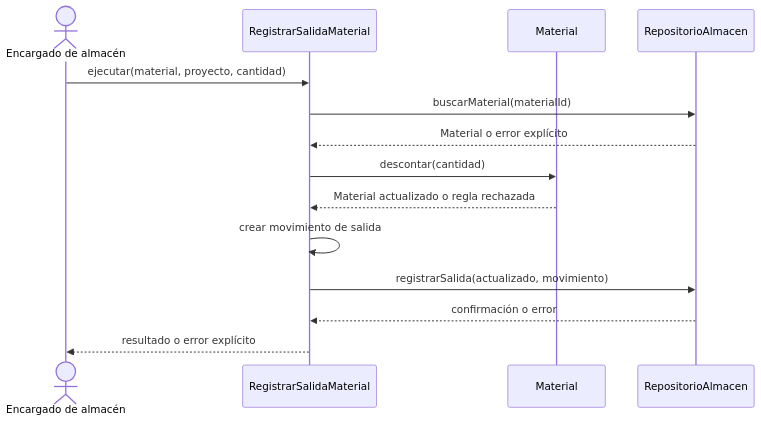
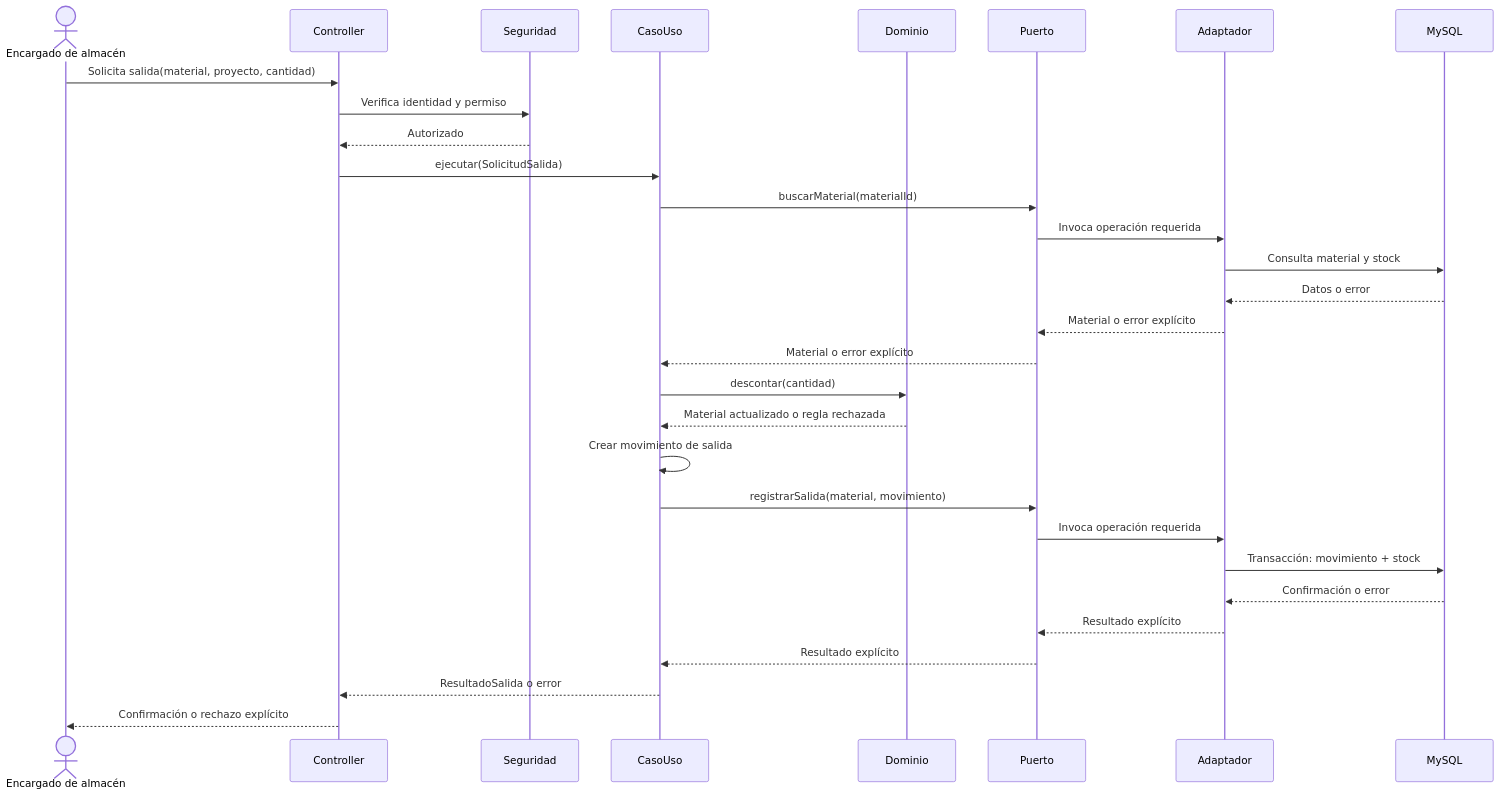
One commit to dostinarroyo/Constructora-arquitSoft-02-Dostin_Arroyo changed the diagram in img/fuentes/nivel4-secuencia.mmd. Above: the diagram before and after it, drawn with Mermaid. The commit also changed 8 other files, not shown here.

```diff
--- a/img/fuentes/nivel4-secuencia.mmd
+++ b/img/fuentes/nivel4-secuencia.mmd
@@ -1,15 +1,31 @@
 sequenceDiagram
     actor Encargado as Encargado de almacén
-    participant CasoUso as RegistrarSalidaMaterial
-    participant Material as Material
-    participant Repo as RepositorioAlmacen
+    participant UI as Controller
+    participant Auth as Seguridad
+    participant UC as CasoUso
+    participant D as Dominio
+    participant P as Puerto
+    participant A as Adaptador
+    participant DB as MySQL
 
-    Encargado->>CasoUso: ejecutar(material, proyecto, cantidad)
-    CasoUso->>Repo: buscarMaterial(materialId)
-    Repo-->>CasoUso: Material o error explícito
-    CasoUso->>Material: descontar(cantidad)
-    Material-->>CasoUso: Material actualizado o regla rechazada
-    CasoUso->>CasoUso: crear movimiento de salida
-    CasoUso->>Repo: registrarSalida(actualizado, movimiento)
-    Repo-->>CasoUso: confirmación o error
-    CasoUso-->>Encargado: resultado o error explícito
+    Encargado->>UI: Solicita salida(material, proyecto, cantidad)
+    UI->>Auth: Verifica identidad y permiso
+    Auth-->>UI: Autorizado
+    UI->>UC: ejecutar(SolicitudSalida)
+    UC->>P: buscarMaterial(materialId)
+    P->>A: Invoca operación requerida
+    A->>DB: Consulta material y stock
+    DB-->>A: Datos o error
+    A-->>P: Material o error explícito
+    P-->>UC: Material o error explícito
+    UC->>D: descontar(cantidad)
+    D-->>UC: Material actualizado o regla rechazada
+    UC->>UC: Crear movimiento de salida
+    UC->>P: registrarSalida(material, movimiento)
+    P->>A: Invoca operación requerida
+    A->>DB: Transacción: movimiento + stock
+    DB-->>A: Confirmación o error
+    A-->>P: Resultado explícito
+    P-->>UC: Resultado explícito
+    UC-->>UI: ResultadoSalida o error
+    UI-->>Encargado: Confirmación o rechazo explícito
```
